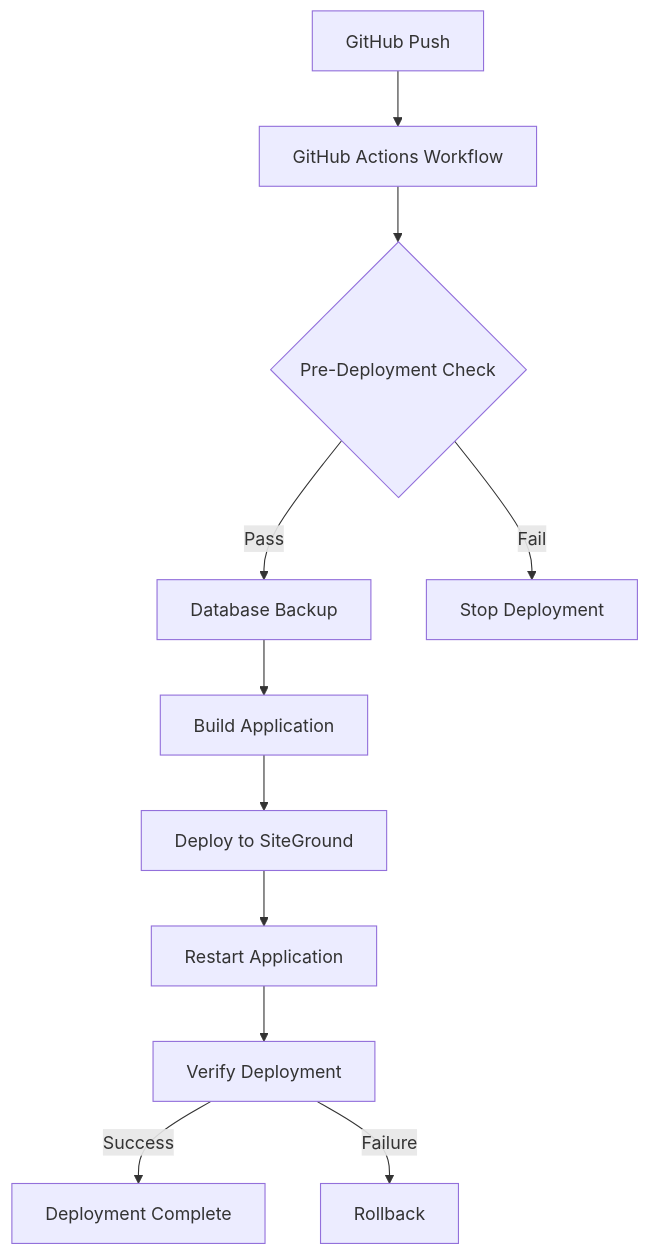
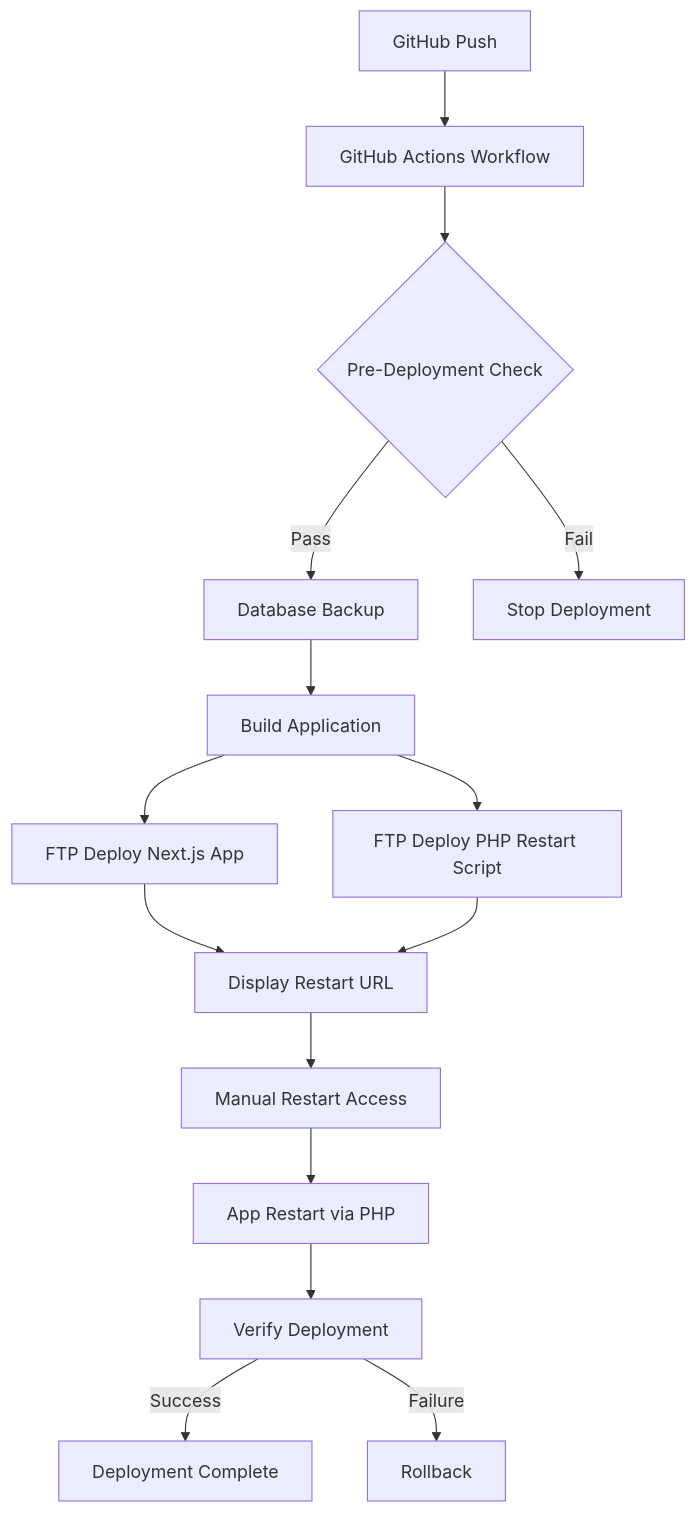
One commit to noah-ing/PriceHawk changed diagram 13 of 14 in cline_docs/systemPatterns.md. Above: the diagram before and after it, drawn with Mermaid. The commit also changed other lines of this file and 3 other files, not shown here.

Commit message:
Update Cline documentation with SiteGround deployment details and PHP restart solution

````diff
--- a/cline_docs/systemPatterns.md
+++ b/cline_docs/systemPatterns.md
@@ -625,15 +814,20 @@
 ```mermaid
 graph TD
     A[GitHub Push] --> B[GitHub Actions Workflow]
     B --> C{Pre-Deployment Check}
     C -->|Pass| D[Database Backup]
     C -->|Fail| E[Stop Deployment]
     
     D --> F[Build Application]
-    F --> G[Deploy to SiteGround]
-    G --> H[Restart Application]
-    H --> I[Verify Deployment]
+    F --> G1[FTP Deploy Next.js App]
+    F --> G2[FTP Deploy PHP Restart Script]
+    G1 --> H[Display Restart URL]
+    G2 --> H
     
-    I -->|Success| J[Deployment Complete]
-    I -->|Failure| K[Rollback]
+    H --> I[Manual Restart Access]
+    I --> J[App Restart via PHP]
+    J --> K[Verify Deployment]
+    
+    K -->|Success| L[Deployment Complete]
+    K -->|Failure| M[Rollback]
 ```
````
